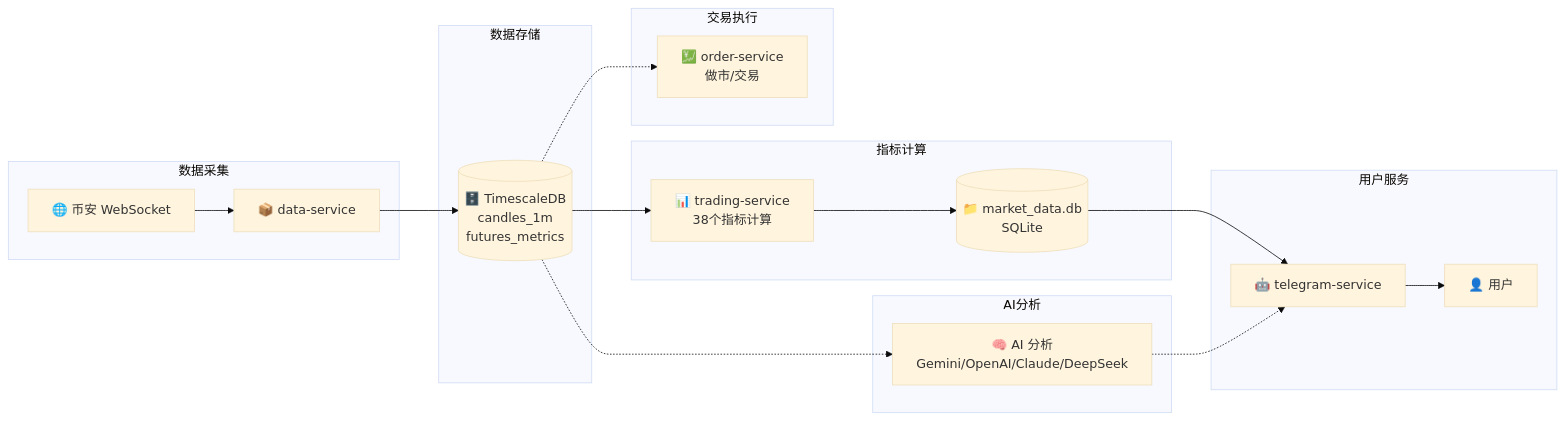
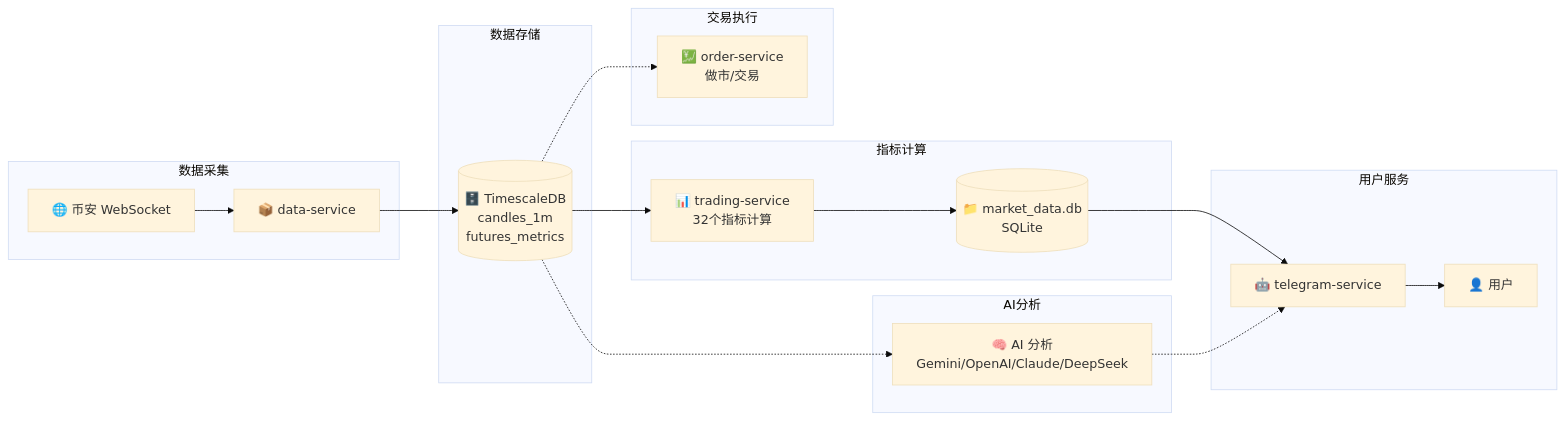
Before and after one commit to beare/tradecat: the second of 2 diagrams in README.md, drawn with Mermaid (base theme). The commit also changed other lines of this file and 3 other files, not shown here.

````diff
--- a/README.md
+++ b/README.md
@@ -466,29 +466,29 @@
 ```mermaid
 graph LR
     subgraph 数据采集
         A["🌐 币安 WebSocket"] --> B["📦 data-service"]
     end
     
     subgraph 数据存储
         B --> C[("🗄️ TimescaleDB<br>candles_1m<br>futures_metrics")]
     end
     
     subgraph 指标计算
-        C --> D["📊 trading-service<br>38个指标计算"]
+        C --> D["📊 trading-service<br>32个指标计算"]
         D --> E[("📁 market_data.db<br>SQLite")]
     end
     
     subgraph 用户服务
         E --> F["🤖 telegram-service"]
         F --> G["👤 用户"]
     end
     
     subgraph AI分析
         C -.-> H["🧠 AI 分析<br>Gemini/OpenAI/Claude/DeepSeek"]
         H -.-> F
     end
     
     subgraph 交易执行
         C -.-> I["💹 order-service<br>做市/交易"]
     end
 ```
````
